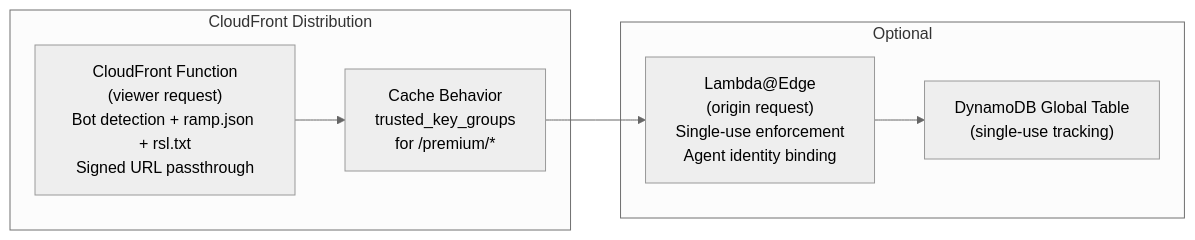
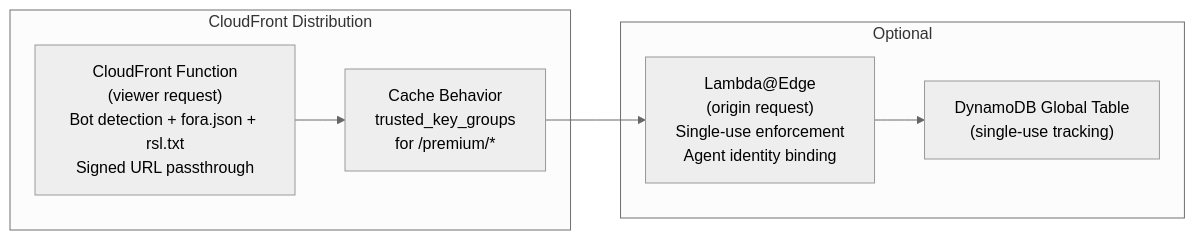
One commit to FORA-Protocol/protocol changed the first of 3 diagrams in website/src/content/docs/components/edge-function/cdn-adapters.mdx. Above: the diagram before and after it, drawn with Mermaid (neutral theme). The commit also changed other lines of this file and 561 other files, not shown here.

First line of the commit message:
Rename the protocol from RAMP to FORA

````diff
--- a/website/src/content/docs/components/edge-function/cdn-adapters.mdx
+++ b/website/src/content/docs/components/edge-function/cdn-adapters.mdx
@@ -112,16 +112,16 @@
 ```mermaid
 graph LR
     subgraph "CloudFront Distribution"
-        CF_FUNC["CloudFront Function<br/>(viewer request)<br/>Bot detection + ramp.json + rsl.txt<br/>Signed URL passthrough"]
+        CF_FUNC["CloudFront Function<br/>(viewer request)<br/>Bot detection + fora.json + rsl.txt<br/>Signed URL passthrough"]
         BEHAVIOR["Cache Behavior<br/>trusted_key_groups<br/>for /premium/*"]
     end
 
     subgraph "Optional"
         LAMBDA["Lambda@Edge<br/>(origin request)<br/>Single-use enforcement<br/>Agent identity binding"]
         DDB["DynamoDB Global Table<br/>(single-use tracking)"]
     end
 
     CF_FUNC --> BEHAVIOR
     BEHAVIOR --> LAMBDA
     LAMBDA --> DDB
 ```
````
